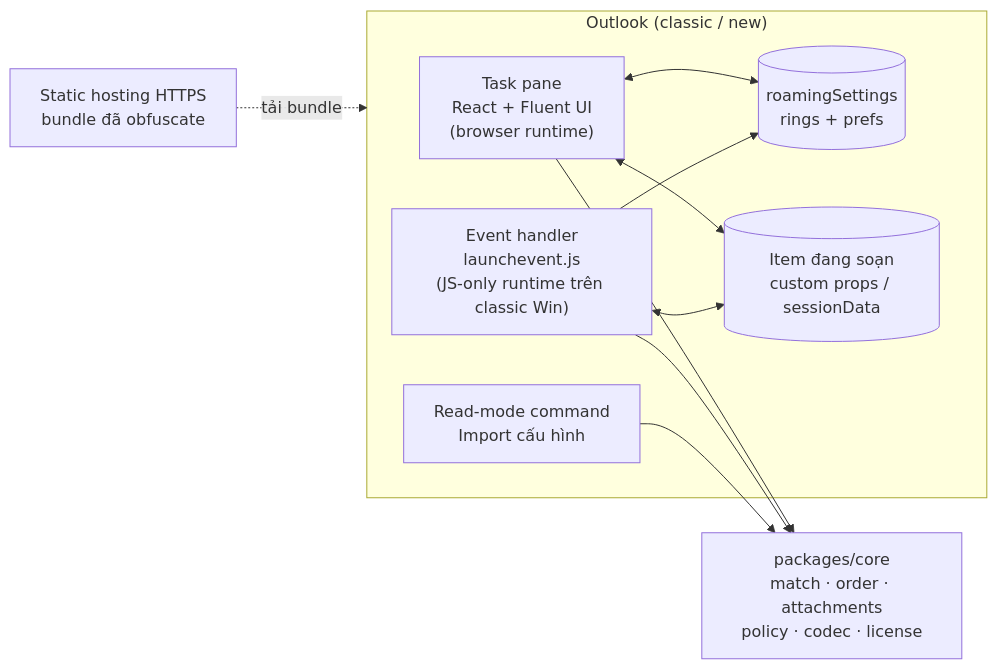
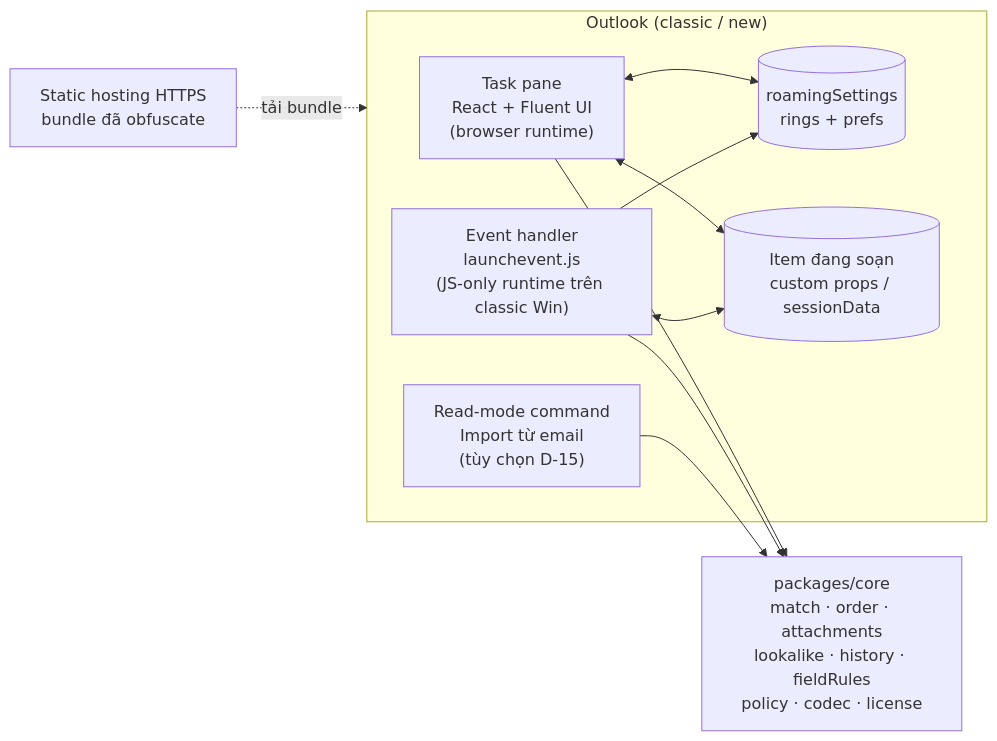
The first of 2 diagrams in project_plan.md (tubeoism/secure-mail-ring), drawn with Mermaid before and after one commit. The commit also changed other lines of this file, not shown here.

````diff
--- a/project_plan.md
+++ b/project_plan.md
@@ -229,20 +278,20 @@
 ```mermaid
 flowchart LR
   subgraph Outlook["Outlook (classic / new)"]
     TP["Task pane<br/>React + Fluent UI<br/>(browser runtime)"]
     EV["Event handler<br/>launchevent.js<br/>(JS-only runtime trên classic Win)"]
-    RM["Read-mode command<br/>Import cấu hình"]
+    RM["Read-mode command<br/>Import từ email<br/>(tùy chọn D-15)"]
     RS[("roamingSettings<br/>rings + prefs")]
     IT[("Item đang soạn<br/>custom props / sessionData")]
   end
-  CORE["packages/core<br/>match · order · attachments<br/>policy · codec · license"]
+  CORE["packages/core<br/>match · order · attachments<br/>lookalike · history · fieldRules<br/>policy · codec · license"]
   HOST["Static hosting HTTPS<br/>bundle đã obfuscate"]
   TP --> CORE
   EV --> CORE
   RM --> CORE
   TP <--> RS
   EV --> RS
   TP <--> IT
   EV <--> IT
   HOST -. tải bundle .-> Outlook
 ```
````
